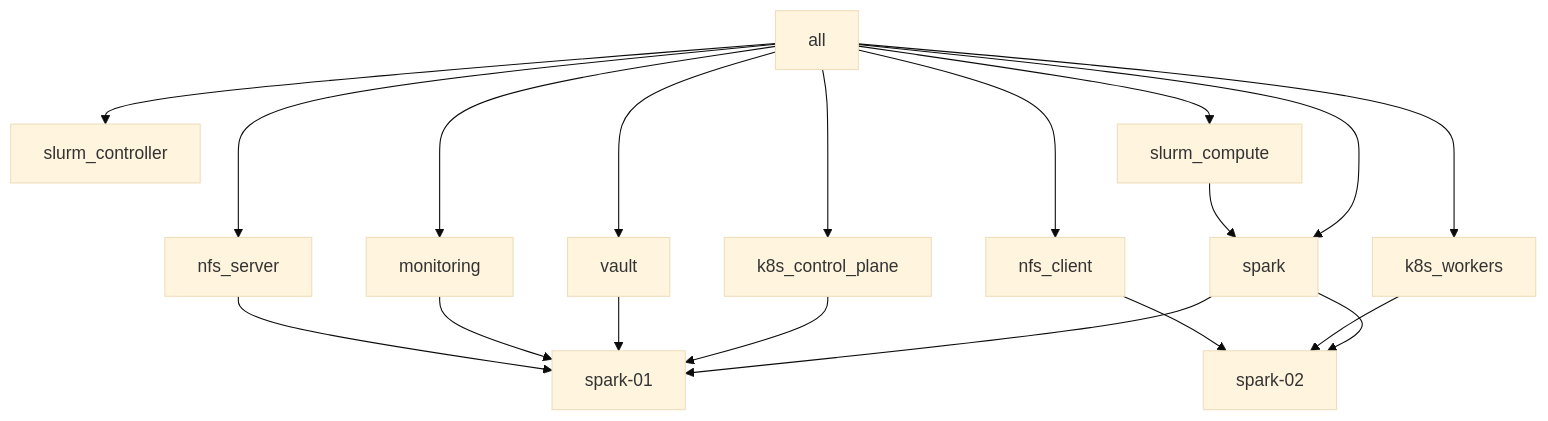
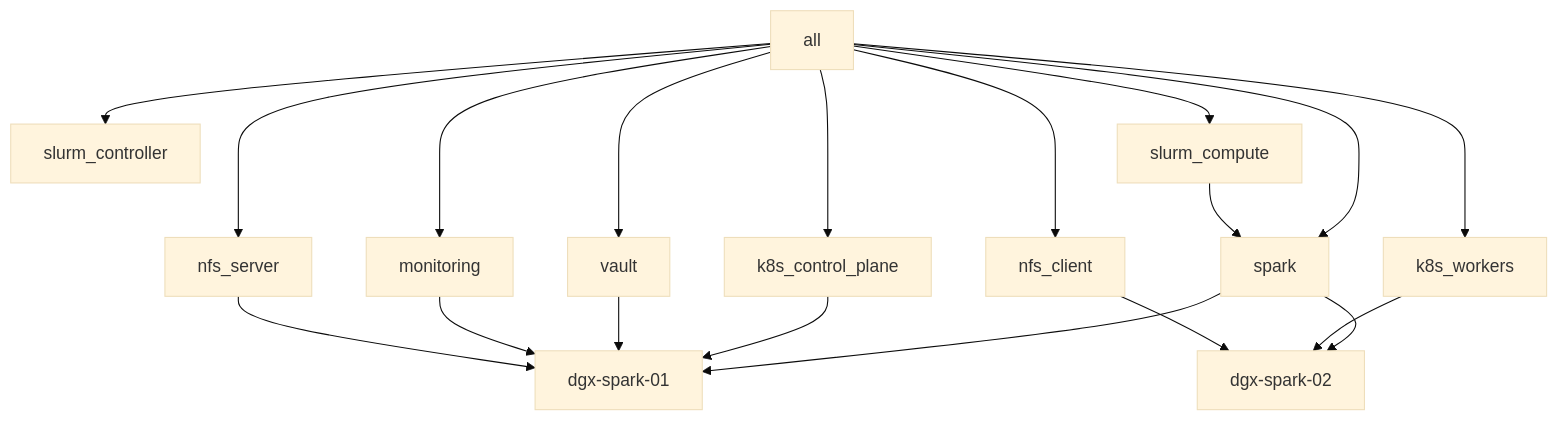
Before and after one commit to cloudone365/technical-depth: the second of 2 diagrams in 01 Ansible/01-ansible-core-deep-dive.md, drawn with Mermaid (base theme). The commit also changed other lines of this file and 88 other files, not shown here.

First line of the commit message:
Rename the Spark hosts to dgx-spark-01 / dgx-spark-02

````diff
--- a/01 Ansible/01-ansible-core-deep-dive.md
+++ b/01 Ansible/01-ansible-core-deep-dive.md
@@ -65,13 +65,13 @@
 ```mermaid
 flowchart TB
   all --> spark
   all --> k8s_control_plane & k8s_workers & slurm_controller & slurm_compute & vault & monitoring & nfs_server & nfs_client
-  spark --> s1[spark-01] & s2[spark-02]
+  spark --> s1[dgx-spark-01] & s2[dgx-spark-02]
   k8s_control_plane --> s1
   k8s_workers --> s2
   slurm_compute --> spark
   vault --> s1
   monitoring --> s1
   nfs_server --> s1
   nfs_client --> s2
 ```
````
